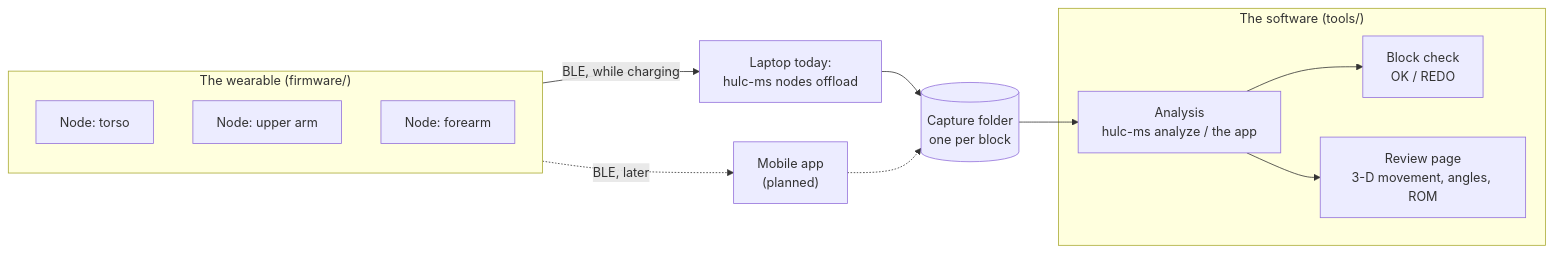
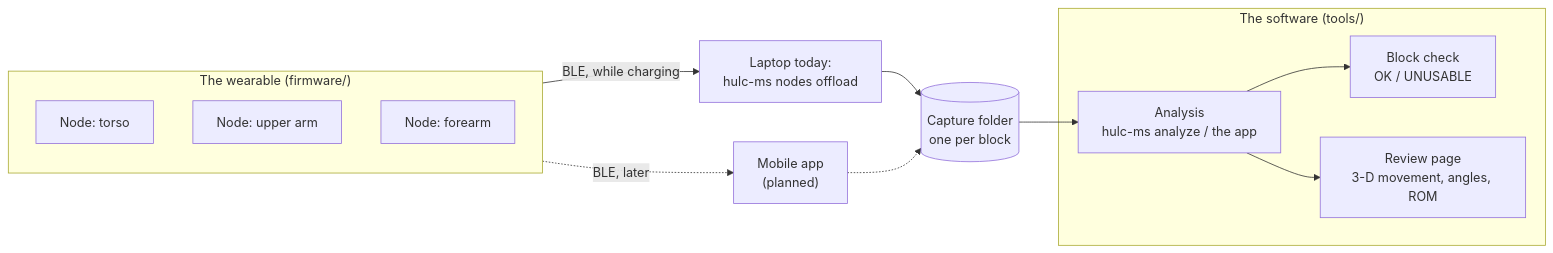
Before and after one commit to Jamie215/HULC_motionshirt: the diagram in README.md, drawn with Mermaid. The commit also changed other lines of this file and 5 other files, not shown here.

First line of the commit message:
Block check: rename REDO to UNUSABLE

````diff
--- a/README.md
+++ b/README.md
@@ -13,21 +13,21 @@
 ```mermaid
 flowchart LR
     subgraph W["The wearable (firmware/)"]
         N1["Node: torso"]
         N2["Node: upper arm"]
         N3["Node: forearm"]
     end
     L["Laptop today:<br/>hulc-ms nodes offload"]
     M["Mobile app<br/>(planned)"]
     C[("Capture folder<br/>one per block")]
     subgraph S["The software (tools/)"]
         A["Analysis<br/>hulc-ms analyze / the app"]
-        B["Block check<br/>OK / REDO"]
+        B["Block check<br/>OK / UNUSABLE"]
         V["Review page<br/>3-D movement, angles, ROM"]
     end
     W -- "BLE, while charging" --> L
     W -. "BLE, later" .-> M
     L --> C
     M -.-> C
     C --> A --> B & V
 ```
````
